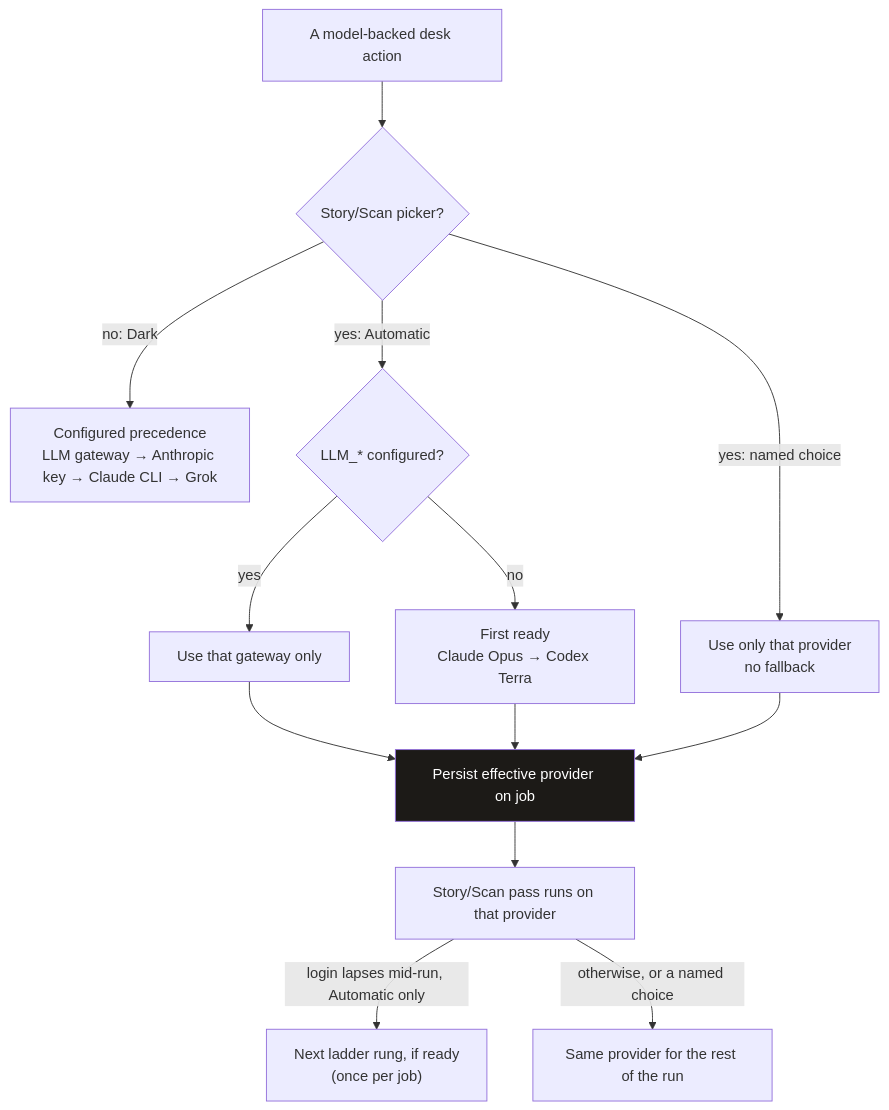
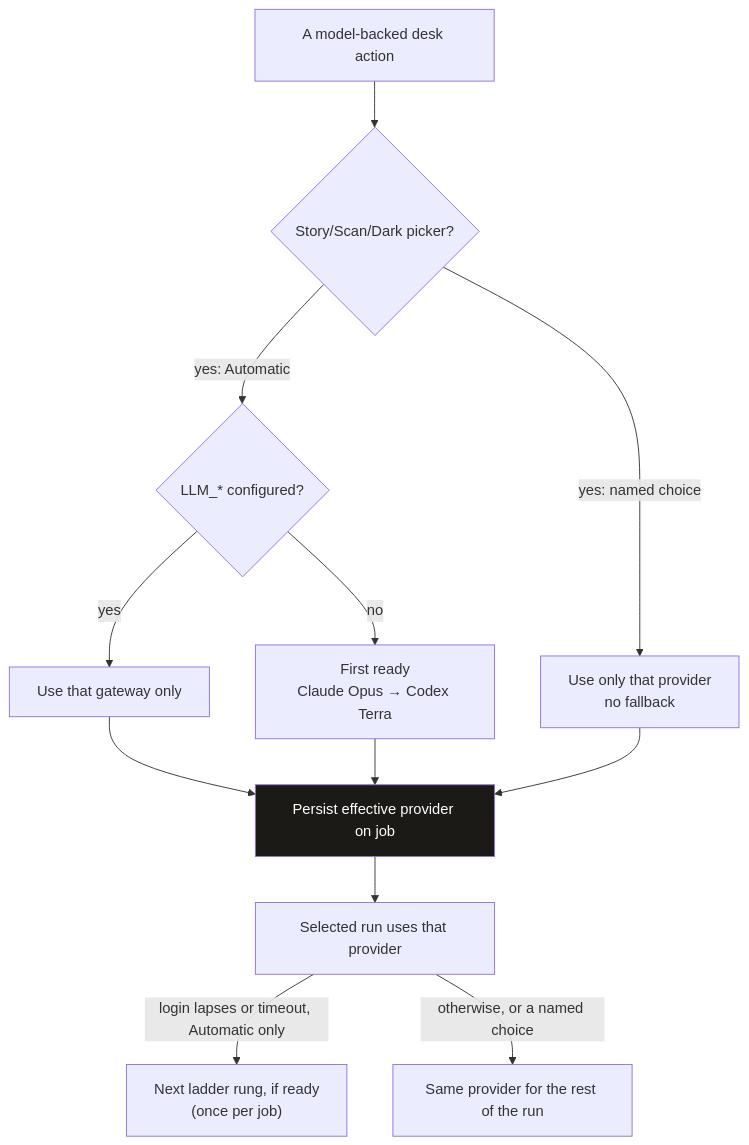
Before and after one commit to scottconverse/TownReporter: the eighth of 8 diagrams in docs/manual.md, drawn with Mermaid. The commit also changed other lines of this file and 44 other files, not shown here.

````diff
--- a/docs/manual.md
+++ b/docs/manual.md
@@ -804,17 +836,16 @@
 ```mermaid
 flowchart TB
-    CALL["A model-backed desk action"] --> KIND{"Story/Scan picker?"}
-    KIND -->|no: Dark| CFG["Configured precedence<br/>LLM gateway → Anthropic key → Claude CLI → Grok"]
+    CALL["A model-backed desk action"] --> KIND{"Story/Scan/Dark picker?"}
     KIND -->|yes: Automatic| Q1{"LLM_* configured?"}
     Q1 -->|yes| OAI["Use that gateway only"]
     Q1 -->|no| READY["First ready<br/>Claude Opus → Codex Terra"]
     KIND -->|yes: named choice| ONE["Use only that provider<br/>no fallback"]
     OAI --> SAVE["Persist effective provider on job"]
     READY --> SAVE
     ONE --> SAVE
-    SAVE --> RUN["Story/Scan pass runs on that provider"]
-    RUN -->|login lapses mid-run, Automatic only| NEXT["Next ladder rung, if ready<br/>(once per job)"]
+    SAVE --> RUN["Selected run uses that provider"]
+    RUN -->|login lapses or timeout, Automatic only| NEXT["Next ladder rung, if ready<br/>(once per job)"]
     RUN -->|otherwise, or a named choice| SAME["Same provider for the rest of the run"]
 
     style SAVE fill:#1c1a17,color:#fff
 ```
````
